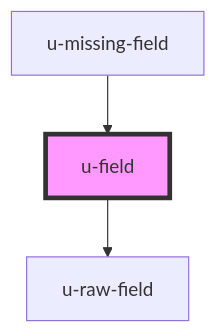
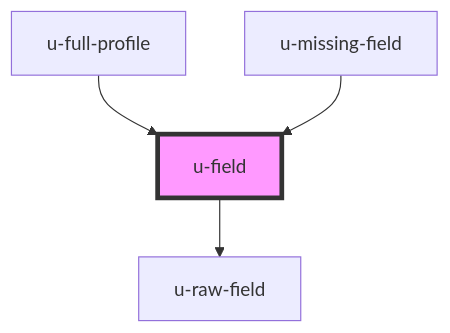
The diagram in packages/sdk/src/profile/components/field/readme.md (UnidyID/unidy-sdk), drawn with Mermaid before and after one commit. The commit also changed other lines of this file and 8 other files, not shown here.

Commit message:
WIP full-profile component

````diff
--- a/packages/sdk/src/profile/components/field/readme.md
+++ b/packages/sdk/src/profile/components/field/readme.md
@@ -56,6 +57,7 @@
 ```mermaid
 graph TD;
   u-field --> u-raw-field
+  u-full-profile --> u-field
   u-missing-field --> u-field
   style u-field fill:#f9f,stroke:#333,stroke-width:4px
 ```
````
